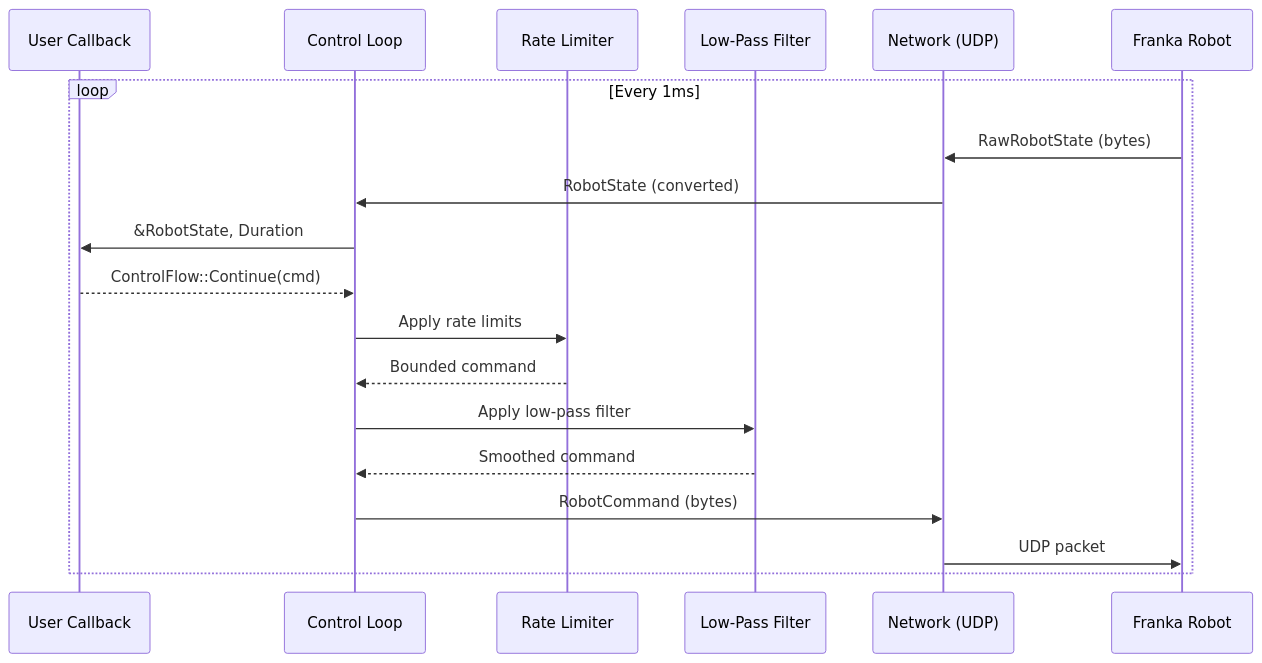
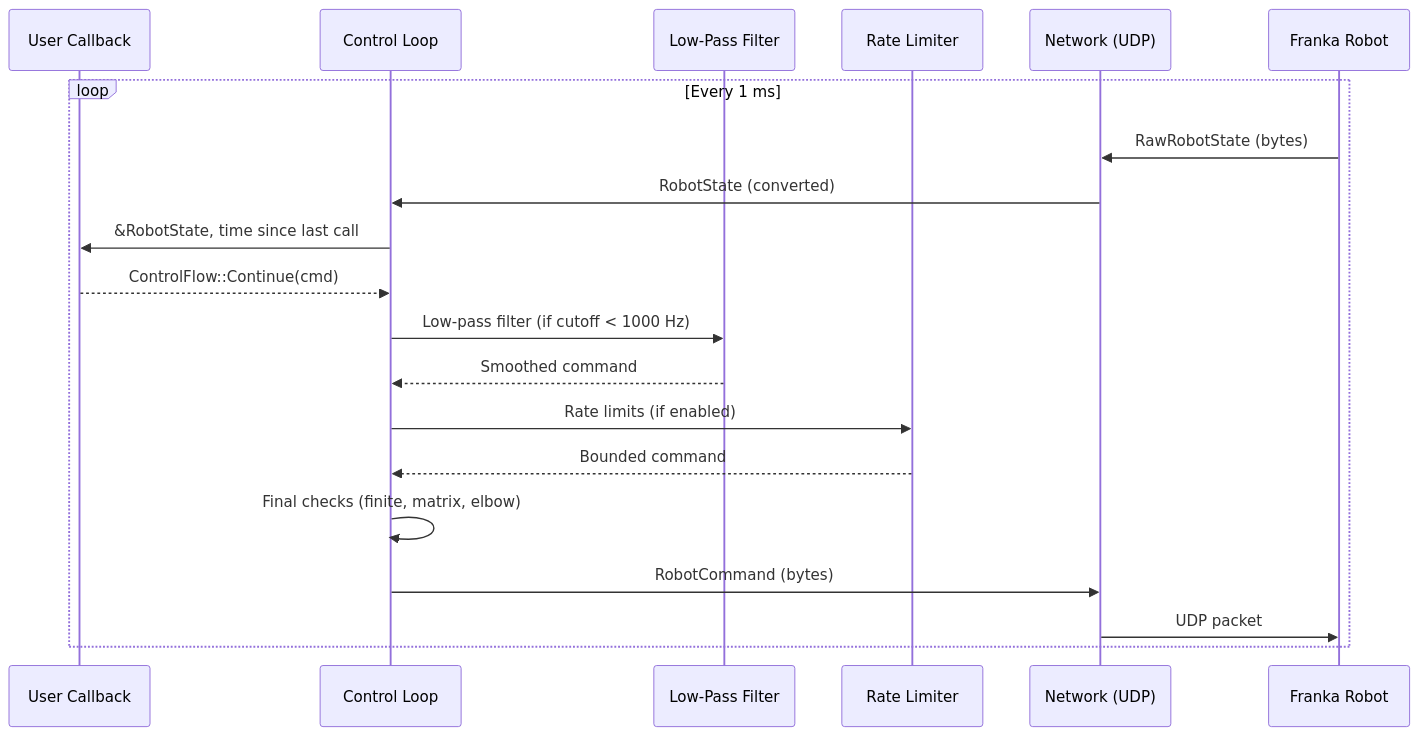
Before and after one commit to ColeTen/franka-rs: the second of 2 diagrams in docs/src/architecture.md, drawn with Mermaid. The commit also changed other lines of this file and 43 other files, not shown here.

````diff
--- a/docs/src/architecture.md
+++ b/docs/src/architecture.md
@@ -73,22 +97,23 @@
 ```mermaid
 sequenceDiagram
     participant User as User Callback
     participant CL as Control Loop
+    participant LP as Low-Pass Filter
     participant RL as Rate Limiter
-    participant LP as Low-Pass Filter
     participant Net as Network (UDP)
     participant Robot as Franka Robot
 
-    loop Every 1ms
+    loop Every 1 ms
         Robot->>Net: RawRobotState (bytes)
         Net->>CL: RobotState (converted)
-        CL->>User: &RobotState, Duration
+        CL->>User: &RobotState, time since last call
         User-->>CL: ControlFlow::Continue(cmd)
-        CL->>RL: Apply rate limits
+        CL->>LP: Low-pass filter (if cutoff < 1000 Hz)
+        LP-->>CL: Smoothed command
+        CL->>RL: Rate limits (if enabled)
         RL-->>CL: Bounded command
-        CL->>LP: Apply low-pass filter
-        LP-->>CL: Smoothed command
+        CL->>CL: Final checks (finite, matrix, elbow)
         CL->>Net: RobotCommand (bytes)
         Net->>Robot: UDP packet
     end
 ```
````
